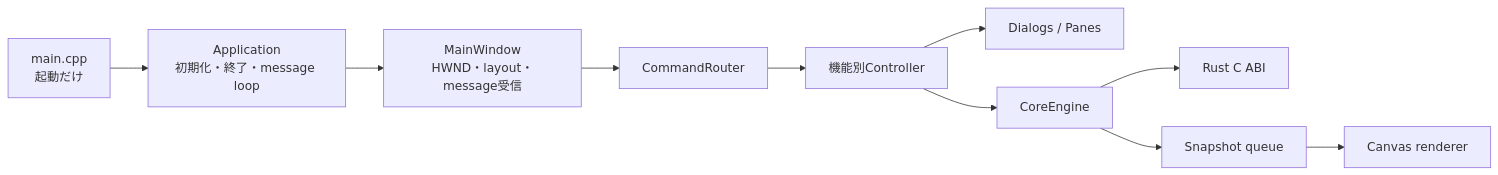
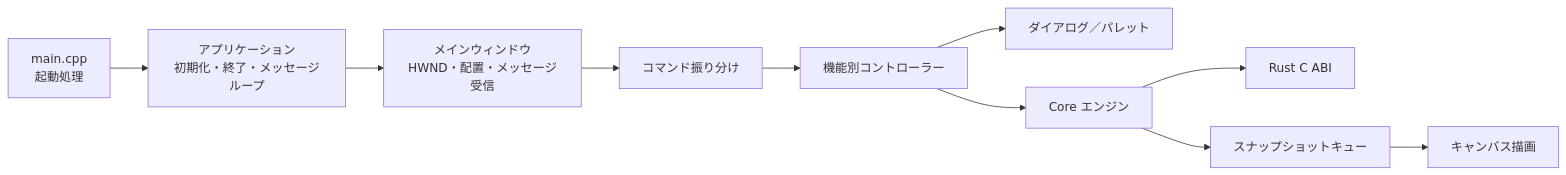
Before and after one commit to shuichi/inkpod: the diagram in README.md, drawn with Mermaid. The commit also changed other lines of this file, not shown here.

````diff
--- a/README.md
+++ b/README.md
@@ -104,12 +114,12 @@
 ```mermaid
 flowchart LR
-    Main["main.cpp<br/>起動だけ"] --> App["Application<br/>初期化・終了・message loop"]
-    App --> Window["MainWindow<br/>HWND・layout・message受信"]
-    Window --> Router["CommandRouter"]
-    Router --> Controllers["機能別Controller"]
-    Controllers --> Dialogs["Dialogs / Panes"]
-    Controllers --> Engine["CoreEngine"]
+    Main["main.cpp<br/>起動処理"] --> App["アプリケーション<br/>初期化・終了・メッセージループ"]
+    App --> Window["メインウィンドウ<br/>HWND・配置・メッセージ受信"]
+    Window --> Router["コマンド振り分け"]
+    Router --> Controllers["機能別コントローラー"]
+    Controllers --> Dialogs["ダイアログ／パレット"]
+    Controllers --> Engine["Core エンジン"]
     Engine --> ABI["Rust C ABI"]
-    Engine --> Sink["Snapshot queue"]
-    Sink --> Renderer["Canvas renderer"]
+    Engine --> Sink["スナップショットキュー"]
+    Sink --> Renderer["キャンバス描画"]
 ```
````
